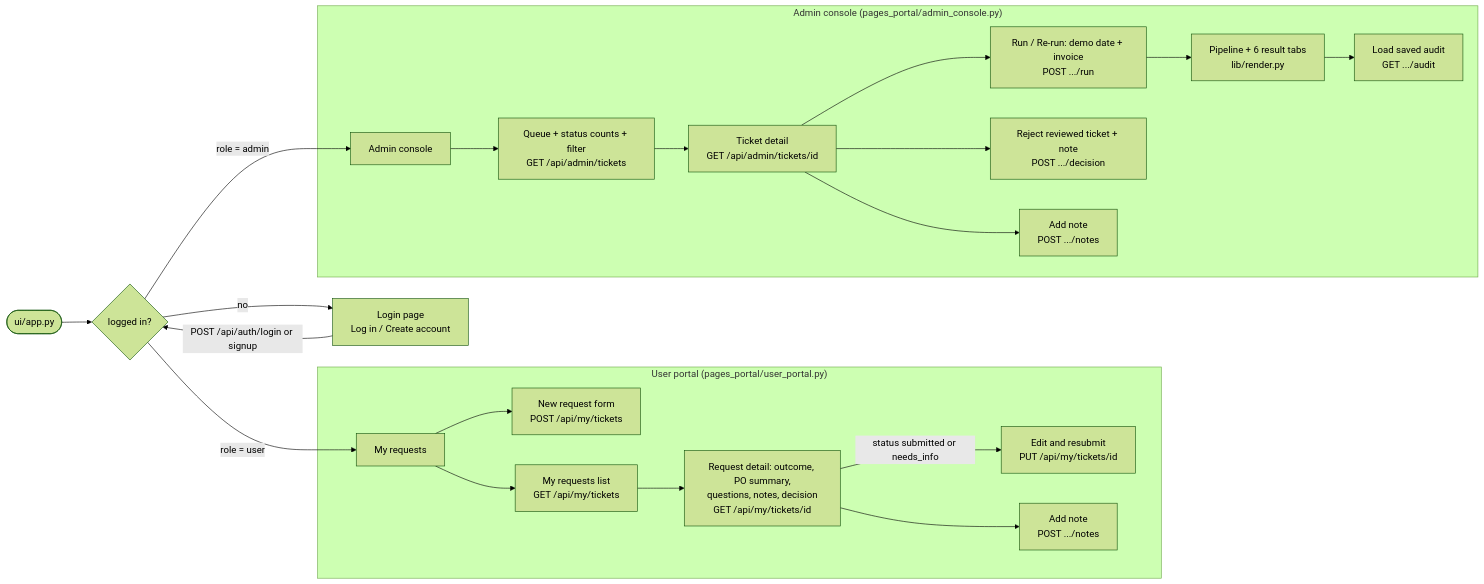
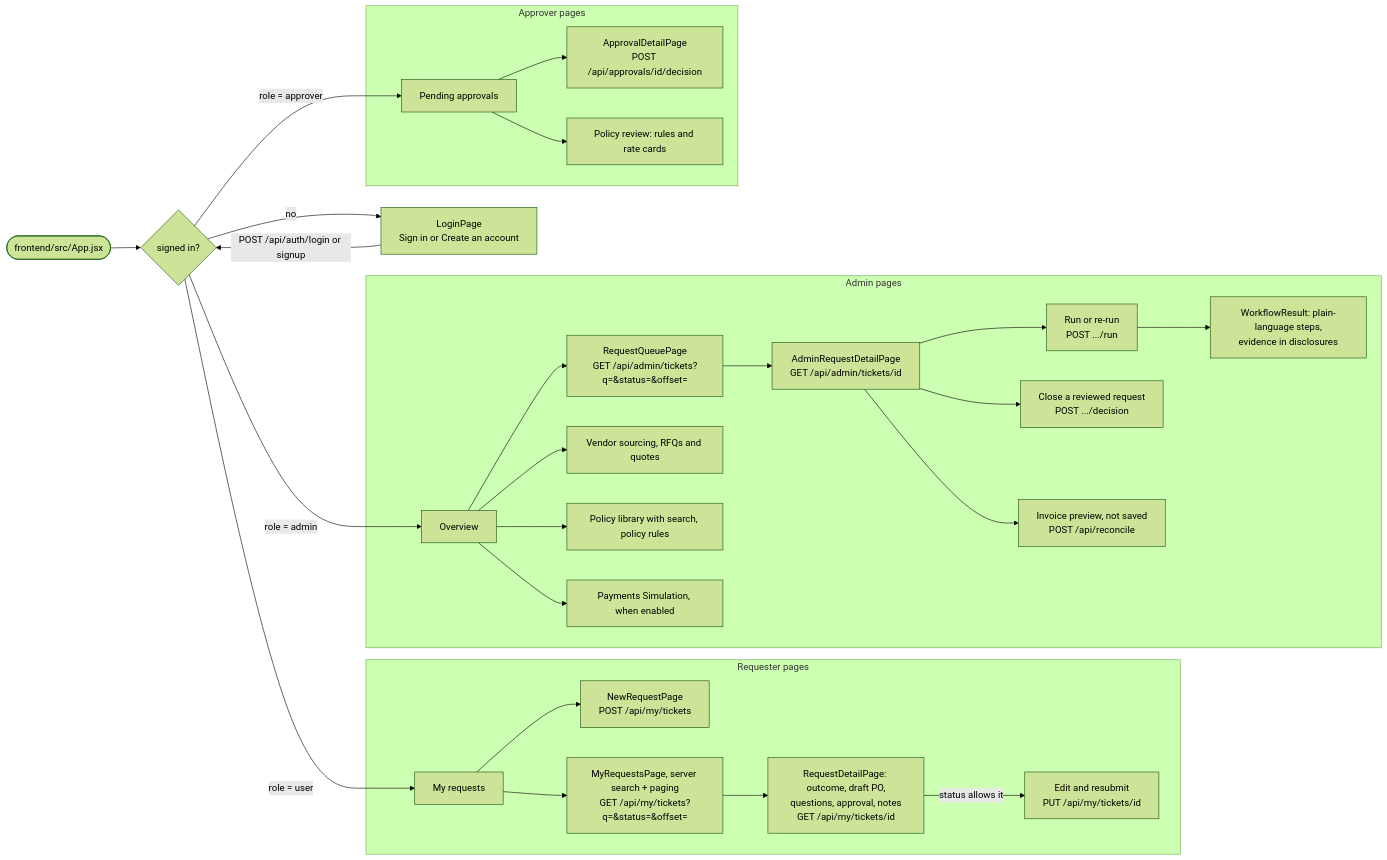
One commit to Sinha28Shivam/Singularity_Squad changed the fifth of 18 diagrams in Docs/flow.md. Above: the diagram before and after it, drawn with Mermaid (forest theme). The commit also changed other lines of this file and 57 other files, not shown here.

````diff
--- a/Docs/flow.md
+++ b/Docs/flow.md
@@ -508,26 +505,33 @@
 ```mermaid
 flowchart LR
-    START([ui/app.py]) --> AUTHQ{logged in?}
-    AUTHQ -->|no| LOGIN[Login page<br/>Log in / Create account]
+    START([frontend/src/App.jsx]) --> AUTHQ{signed in?}
+    AUTHQ -->|no| LOGIN[LoginPage<br/>Sign in or Create an account]
     LOGIN -->|POST /api/auth/login or signup| AUTHQ
     AUTHQ -->|role = user| UP[My requests]
-    AUTHQ -->|role = admin| AC[Admin console]
+    AUTHQ -->|role = admin| AO[Overview]
+    AUTHQ -->|role = approver| AP[Pending approvals]
 
-    subgraph USER["User portal (pages_portal/user_portal.py)"]
-        UP --> NEW[New request form<br/>POST /api/my/tickets]
-        UP --> LIST[My requests list<br/>GET /api/my/tickets]
-        LIST --> DET[Request detail: outcome, PO summary,<br/>questions, notes, decision<br/>GET /api/my/tickets/id]
-        DET -->|status submitted or needs_info| EDIT[Edit and resubmit<br/>PUT /api/my/tickets/id]
-        DET --> UNOTE[Add note<br/>POST .../notes]
+    subgraph USER["Requester pages"]
+        UP --> NEW[NewRequestPage<br/>POST /api/my/tickets]
+        UP --> LIST[MyRequestsPage, server search + paging<br/>GET /api/my/tickets?q=&status=&offset=]
+        LIST --> DET[RequestDetailPage: outcome, draft PO,<br/>questions, approval, notes<br/>GET /api/my/tickets/id]
+        DET -->|status allows it| EDIT[Edit and resubmit<br/>PUT /api/my/tickets/id]
     end
 
-    subgraph ADMIN["Admin console (pages_portal/admin_console.py)"]
-        AC --> Q[Queue + status counts + filter<br/>GET /api/admin/tickets]
-        Q --> AD[Ticket detail<br/>GET /api/admin/tickets/id]
-        AD --> RUN[Run / Re-run: demo date + invoice<br/>POST .../run]
-        RUN --> TABS[Pipeline + 6 result tabs<br/>lib/render.py]
-        AD --> DEC[Reject reviewed ticket + note<br/>POST .../decision]
-        AD --> ANOTE[Add note<br/>POST .../notes]
-        TABS --> AUD[Load saved audit<br/>GET .../audit]
+    subgraph ADMIN["Admin pages"]
+        AO --> Q[RequestQueuePage<br/>GET /api/admin/tickets?q=&status=&offset=]
+        Q --> AD[AdminRequestDetailPage<br/>GET /api/admin/tickets/id]
+        AD --> RUN[Run or re-run<br/>POST .../run]
+        RUN --> WR[WorkflowResult: plain-language steps,<br/>evidence in disclosures]
+        AD --> DEC[Close a reviewed request<br/>POST .../decision]
+        AD --> PREV[Invoice preview, not saved<br/>POST /api/reconcile]
+        AO --> SRC[Vendor sourcing, RFQs and quotes]
+        AO --> POL[Policy library with search, policy rules]
+        AO --> PAY[Payments Simulation, when enabled]
+    end
+
+    subgraph APPROVER["Approver pages"]
+        AP --> APD[ApprovalDetailPage<br/>POST /api/approvals/id/decision]
+        AP --> PR[Policy review: rules and rate cards]
     end
 ```
````
